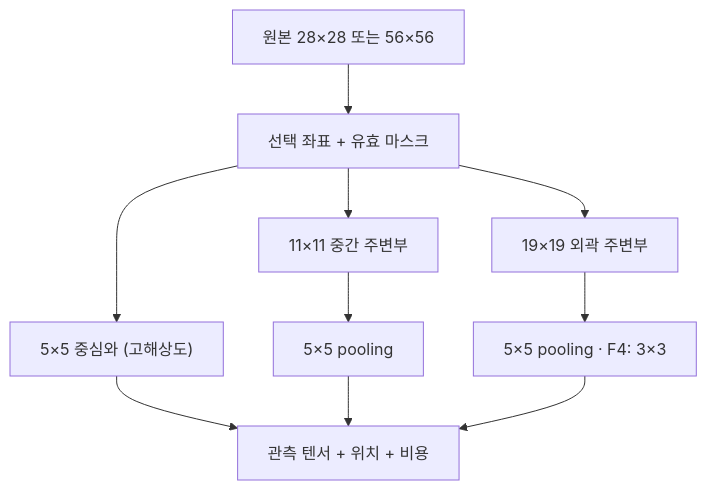
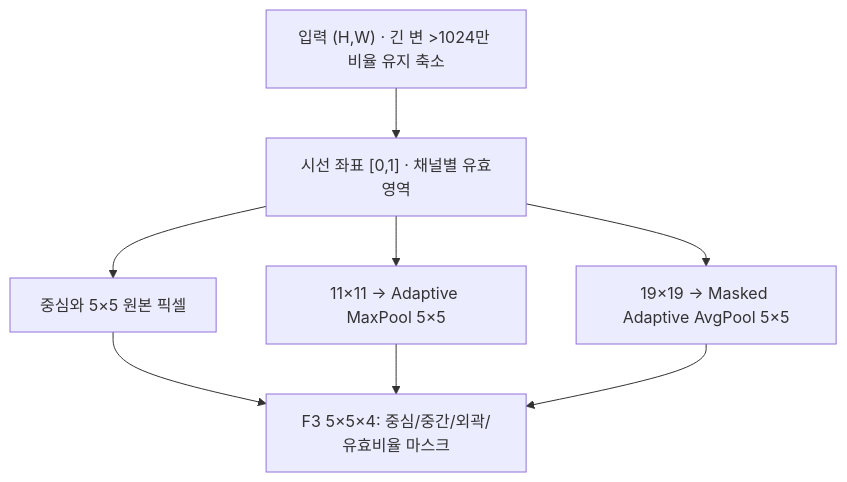
One commit to anoncaco/foveacore changed the third of 6 diagrams in foveal_active_vision_1shot_research_plan_v1.9.3.md. Above: the diagram before and after it, drawn with Mermaid. The commit also changed other lines of this file and 1 other file, not shown here.

````diff
--- a/foveal_active_vision_1shot_research_plan_v1.9.3.md
+++ b/foveal_active_vision_1shot_research_plan_v1.9.3.md
@@ -277,12 +243,10 @@
 ```mermaid
 flowchart TD
-    I["원본 28×28 또는 56×56"] --> P["선택 좌표 + 유효 마스크"]
-    P --> F["5×5 중심와 (고해상도)"]
-    P --> M["11×11 중간 주변부"]
-    P --> O["19×19 외곽 주변부"]
-    M --> M2["5×5 pooling"]
-    O --> O2["5×5 pooling · F4: 3×3"]
-    F --> K["관측 텐서 + 위치 + 비용"]
-    M2 --> K
-    O2 --> K
+    I["입력 (H,W) · 긴 변 >1024만 비율 유지 축소"] --> P["시선 좌표 [0,1] · 채널별 유효영역"]
+    P --> F["중심와 5×5 원본 픽셀"]
+    P --> M["11×11 → Adaptive MaxPool 5×5"]
+    P --> O["19×19 → Masked Adaptive AvgPool 5×5"]
+    F --> K["F3 5×5×4: 중심/중간/외곽/유효비율 마스크"]
+    M --> K
+    O --> K
 ```
````
